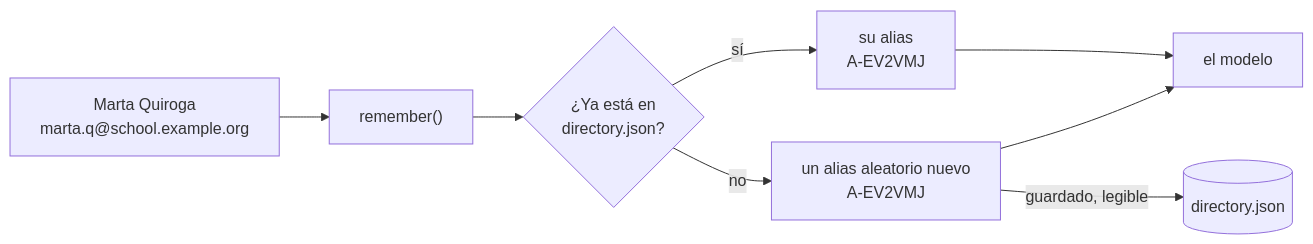
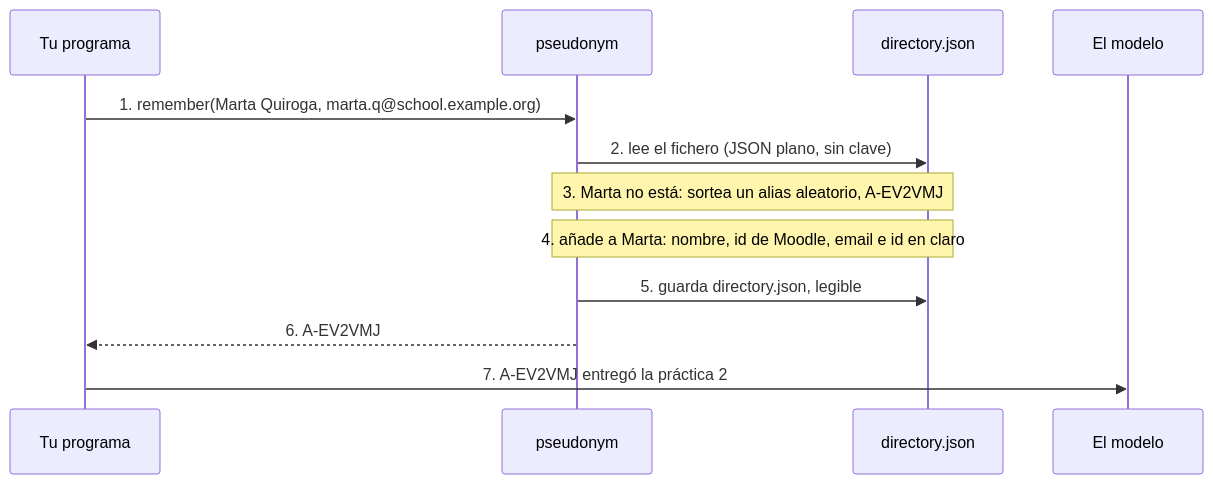
The sixth of 9 diagrams in docs/i18n/es/docusaurus-plugin-content-docs/current/guides/storage.md (falkenslab/pseudonym), drawn with Mermaid before and after one commit. The commit also changed other lines of this file and 6 other files, not shown here.

First line of the commit message:
docs: step-by-step diagrams for each storage mode

````diff
--- a/docs/i18n/es/docusaurus-plugin-content-docs/current/guides/storage.md
+++ b/docs/i18n/es/docusaurus-plugin-content-docs/current/guides/storage.md
@@ -97,10 +150,14 @@
 ```mermaid
-flowchart LR
-  P["Marta Quiroga<br/>marta.q@school.example.org"] --> R["remember()"]
-  R --> Q{"¿Ya está en<br/>directory.json?"}
-  Q -->|"sí"| O["su alias<br/>A-EV2VMJ"]
-  Q -->|"no"| N["un alias aleatorio nuevo<br/>A-EV2VMJ"]
-  N -->|"guardado, legible"| J[("directory.json")]
-  O --> M["el modelo"]
-  N --> M
+sequenceDiagram
+  participant P as Tu programa
+  participant L as pseudonym
+  participant D as directory.json
+  participant M as El modelo
+  P->>L: 1. remember(Marta Quiroga, marta.q@school.example.org)
+  L->>D: 2. lee el fichero (JSON plano, sin clave)
+  Note over L,D: 3. Marta no está: sortea un alias aleatorio, A-EV2VMJ
+  Note over L,D: 4. añade a Marta: nombre, id de Moodle, email e id en claro
+  L->>D: 5. guarda directory.json, legible
+  L-->>P: 6. A-EV2VMJ
+  P->>M: 7. A-EV2VMJ entregó la práctica 2
 ```
````
